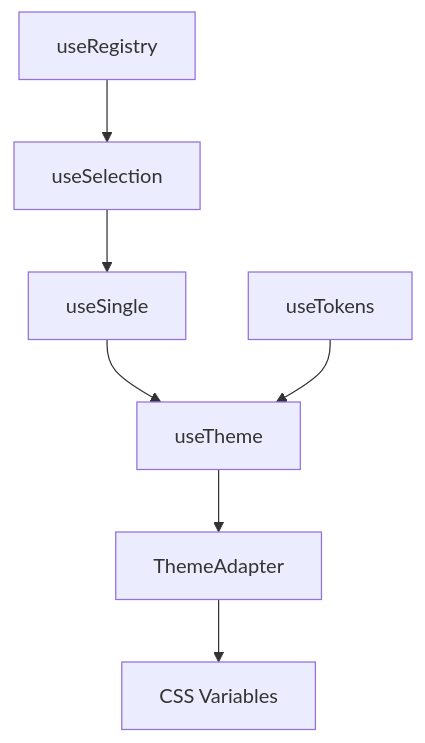
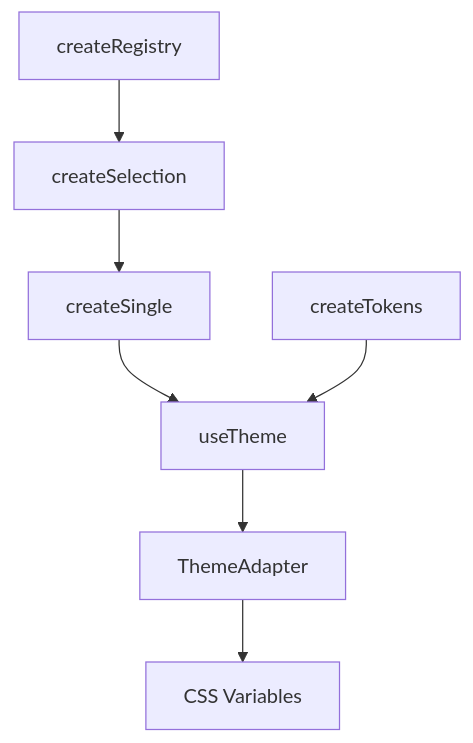
Before and after one commit to vuetifyjs/0: the diagram in apps/docs/src/pages/composables/plugins/use-theme.md, drawn with Mermaid. The commit also changed other lines of this file and 33 other files, not shown here.

First line of the commit message:
refactor: rename useTokens to createTokens and audit docs

````diff
--- a/apps/docs/src/pages/composables/plugins/use-theme.md
+++ b/apps/docs/src/pages/composables/plugins/use-theme.md
@@ -88,9 +88,9 @@
 ```mermaid "Theme Hierarchy"
 flowchart TD
-  useRegistry --> useSelection
-  useSelection --> useSingle
-  useSingle --> useTheme
-  useTokens --> useTheme
+  createRegistry --> createSelection
+  createSelection --> createSingle
+  createSingle --> useTheme
+  createTokens --> useTheme
   useTheme --> Adapter[ThemeAdapter]
   Adapter --> CSS[CSS Variables]
 ```
````
